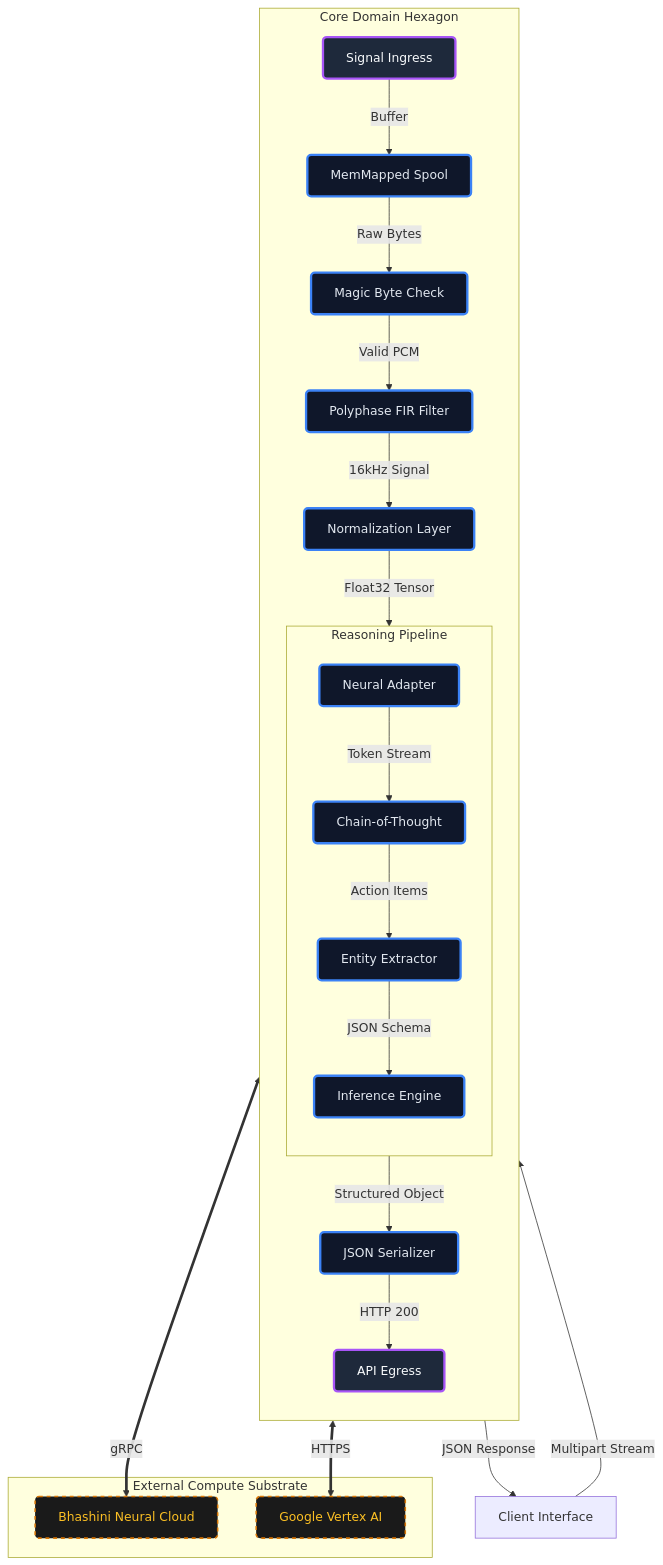
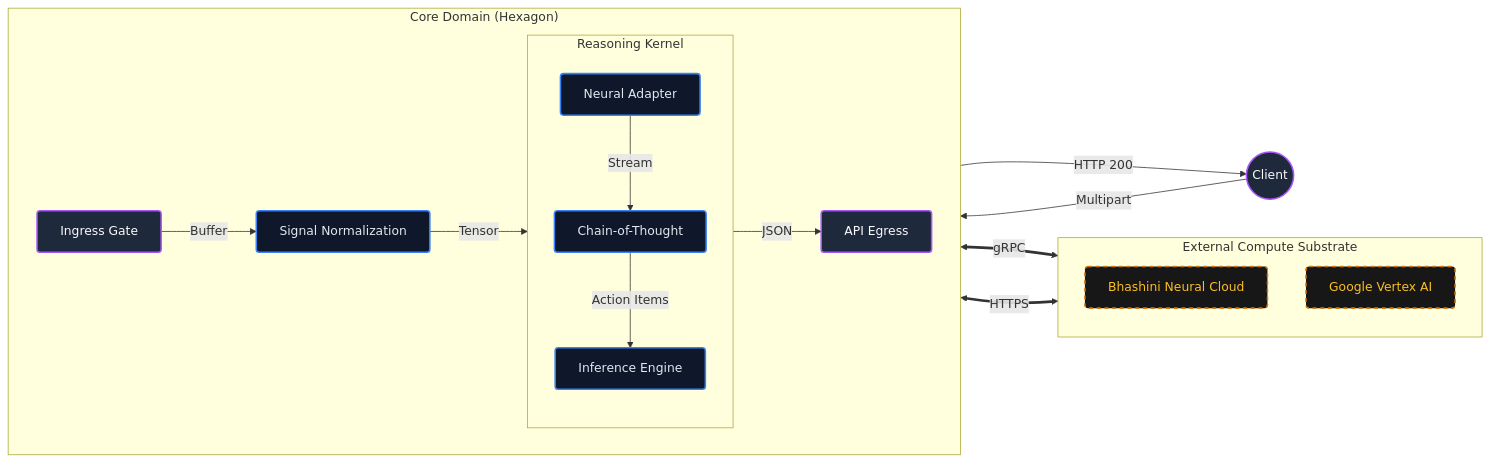
Before and after one commit to riteshroshann/meeting-mind-backened-baby-one: the diagram in README.md, drawn with Mermaid.

Commit message:
docs: restructure architecture diagram to professional LR layout

````diff
--- a/README.md
+++ b/README.md
@@ -88,37 +88,33 @@
 ```mermaid
-graph TD
-    %% High-Fidelity "Awesome" Styling
-    classDef core fill:#0f172a,stroke:#3b82f6,stroke-width:3px,color:#e2e8f0,rx:5,ry:5
-    classDef ext fill:#1a1a1a,stroke:#d97706,stroke-width:2px,color:#fbbf24,stroke-dasharray: 5 5,rx:5,ry:5
-    classDef io fill:#1e293b,stroke:#a855f7,stroke-width:3px,color:#f8fafc,rx:5,ry:5
+graph LR
+    %% Professional "Hexagonal" Styling
+    classDef core fill:#0f172a,stroke:#3b82f6,stroke-width:2px,color:#e2e8f0,rx:4,ry:4
+    classDef ext fill:#171717,stroke:#d97706,stroke-width:2px,color:#fbbf24,stroke-dasharray: 5 5,rx:4,ry:4
+    classDef io fill:#1e293b,stroke:#a855f7,stroke-width:2px,color:#f8fafc,rx:4,ry:4
 
-    Client[Client Interface] -->|Multipart Stream| Ingress
+    Client((Client)):::io -->|Multipart| Ingress[Ingress Gate]:::io
     
-    subgraph "Core Domain Hexagon"
-        direction TB
-        Ingress[Signal Ingress]:::io -->|Buffer| TempFile[MemMapped Spool]:::core
-        TempFile -->|Raw Bytes| Validator[Magic Byte Check]:::core
+    subgraph "Core Domain (Hexagon)"
+        direction LR
+        Ingress -->|Buffer| Norm[Signal Normalization]:::core
+        Norm -->|Tensor| Adapter[Neural Adapter]:::core
         
-        Validator -->|Valid PCM| Resampler[Polyphase FIR Filter]:::core
-        Resampler -->|16kHz Signal| Norm[Normalization Layer]:::core
-        
-        Norm -->|Float32 Tensor| Adapter[Neural Adapter]:::core
-        
-        subgraph "Reasoning Pipeline"
+        subgraph "Reasoning Kernel"
             direction TB
-            Adapter -->|Token Stream| CoT[Chain-of-Thought]:::core
-            CoT -->|Action Items| Extractor[Entity Extractor]:::core
-            Extractor -->|JSON Schema| Engine[Inference Engine]:::core
+            Adapter -->|Stream| CoT[Chain-of-Thought]:::core
+            CoT -->|Action Items| Engine[Inference Engine]:::core
         end
 
-        Engine -->|Structured Object| Serializer[JSON Serializer]:::core
-        Serializer -->|HTTP 200| Egress[API Egress]:::io
+        Engine -->|JSON| Egress[API Egress]:::io
     end
 
     subgraph "External Compute Substrate"
-        Adapter <== gRPC ==> Bhashini[Bhashini Neural Cloud]:::ext
-        Engine <== HTTPS ==> Vertex[Google Vertex AI]:::ext
+        direction TB
+        Bhashini[Bhashini Neural Cloud]:::ext
+        Vertex[Google Vertex AI]:::ext
     end
 
-    Egress -->|JSON Response| Client
+    Adapter <== gRPC ==> Bhashini
+    Engine <== HTTPS ==> Vertex
+    Egress -->|HTTP 200| Client
 ```
````
